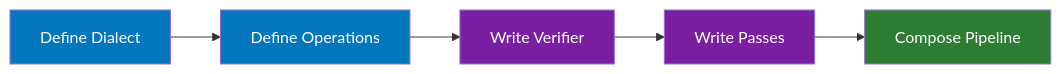
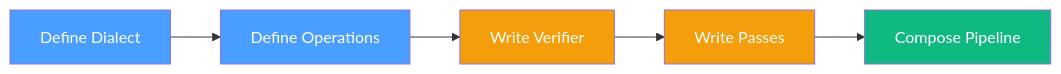
The diagram in docs/CUSTOM_DIALECT.md (alnovis/ircraft), drawn with Mermaid before and after one commit. The commit also changed 53 other files, not shown here.

First line of the commit message:
refactor(core): two-level Operation architecture with regions as source of truth

````diff
--- a/docs/CUSTOM_DIALECT.md
+++ b/docs/CUSTOM_DIALECT.md
@@ -15,13 +15,13 @@
 ```mermaid
 flowchart LR
     D["Define Dialect"] --> O["Define Operations"]
     O --> V["Write Verifier"]
     V --> T["Write Passes"]
     T --> P["Compose Pipeline"]
 
-    style D fill:#0277bd,color:#fff
-    style O fill:#0277bd,color:#fff
-    style V fill:#7b1fa2,color:#fff
-    style T fill:#7b1fa2,color:#fff
-    style P fill:#2e7d32,color:#fff
+    style D fill:#4a9eff,color:#fff
+    style O fill:#4a9eff,color:#fff
+    style V fill:#f59e0b,color:#fff
+    style T fill:#f59e0b,color:#fff
+    style P fill:#10b981,color:#fff
 ```
````
